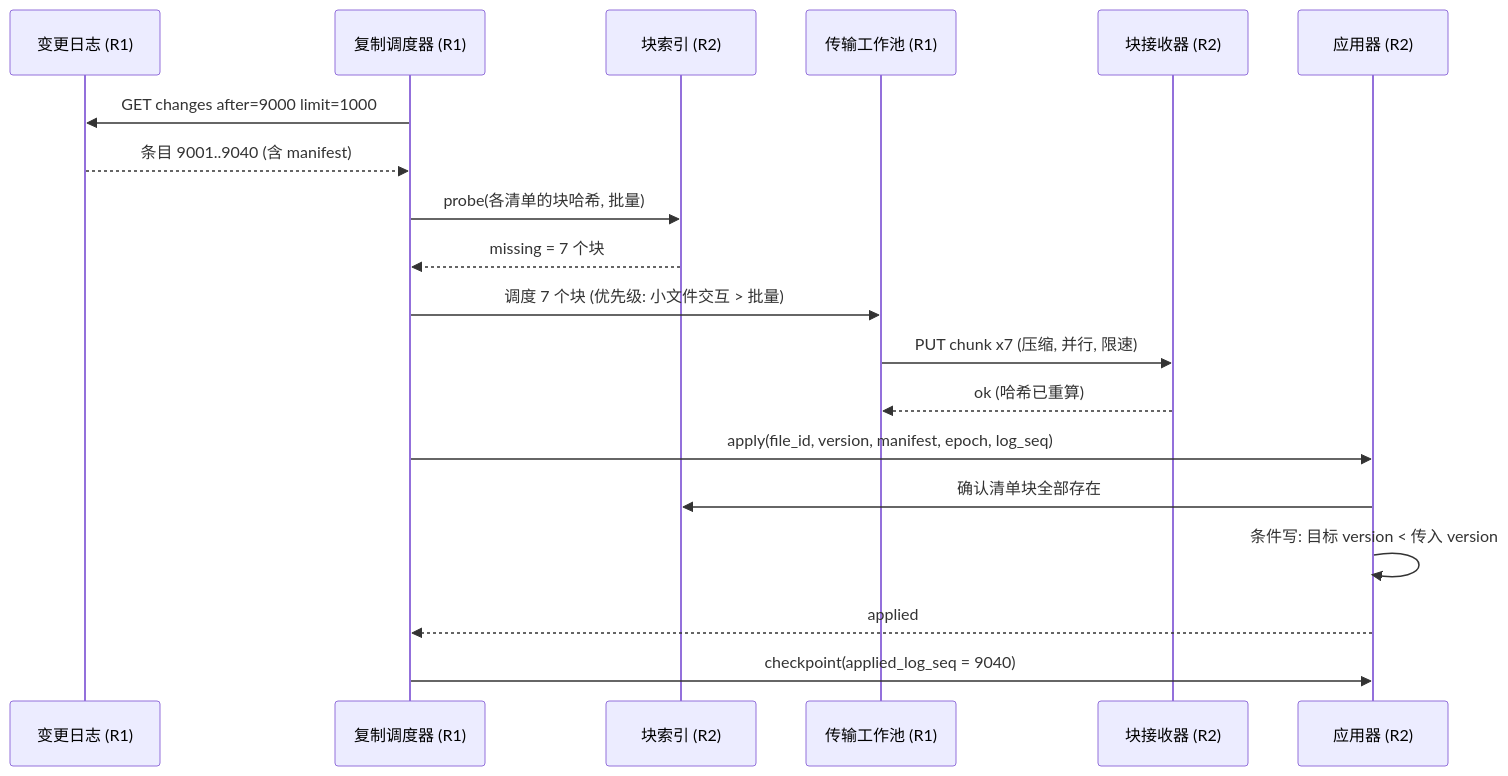
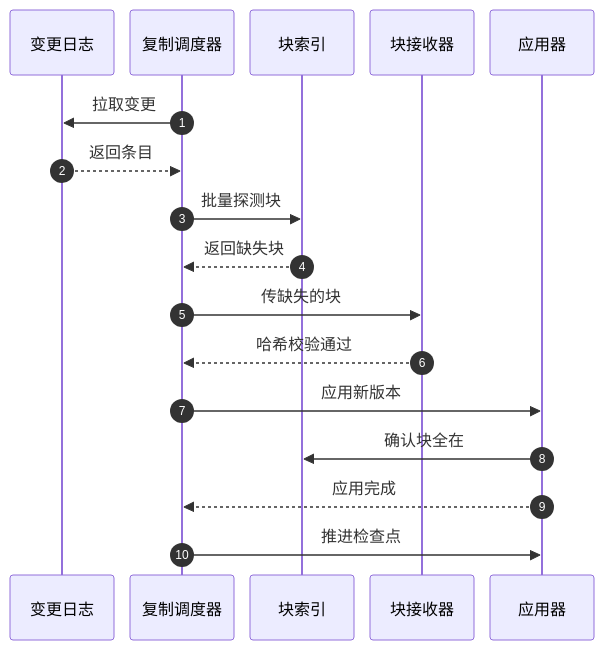
Before and after one commit to ChiChasesCheese/trellis: the third of 4 diagrams in vault/interviews/core/system-design/sd04-fs-replication.md, drawn with Mermaid. The commit also changed other lines of this file and 69 other files, not shown here.

First line of the commit message:
Rewrite pass to WRITING_RULES: SD01-07, LLD amazon leaves 5-12, coding notes + cards; diagrams fit the page

````diff
--- a/vault/interviews/core/system-design/sd04-fs-replication.md
+++ b/vault/interviews/core/system-design/sd04-fs-replication.md
@@ -131,21 +143,20 @@
 ```mermaid
+%%{init: {'sequence': {'actorMargin': 16, 'width': 104, 'messageMargin': 28}}}%%
 sequenceDiagram
-    participant L as 变更日志 (R1)
-    participant S as 复制调度器 (R1)
-    participant I as 块索引 (R2)
-    participant W as 传输工作池 (R1)
-    participant X as 块接收器 (R2)
-    participant A as 应用器 (R2)
-    S->>L: GET changes after=9000 limit=1000
-    L-->>S: 条目 9001..9040 (含 manifest)
-    S->>I: probe(各清单的块哈希, 批量)
-    I-->>S: missing = 7 个块
-    S->>W: 调度 7 个块 (优先级: 小文件交互 > 批量)
-    W->>X: PUT chunk x7 (压缩, 并行, 限速)
-    X-->>W: ok (哈希已重算)
-    S->>A: apply(file_id, version, manifest, epoch, log_seq)
-    A->>I: 确认清单块全部存在
-    A->>A: 条件写: 目标 version < 传入 version
-    A-->>S: applied
-    S->>A: checkpoint(applied_log_seq = 9040)
+    participant L as 变更日志
+    participant S as 复制调度器
+    participant I as 块索引
+    participant X as 块接收器
+    participant A as 应用器
+    autonumber
+    S->>L: 拉取变更
+    L-->>S: 返回条目
+    S->>I: 批量探测块
+    I-->>S: 返回缺失块
+    S->>X: 传缺失的块
+    X-->>S: 哈希校验通过
+    S->>A: 应用新版本
+    A->>I: 确认块全在
+    A-->>S: 应用完成
+    S->>A: 推进检查点
 ```
````
